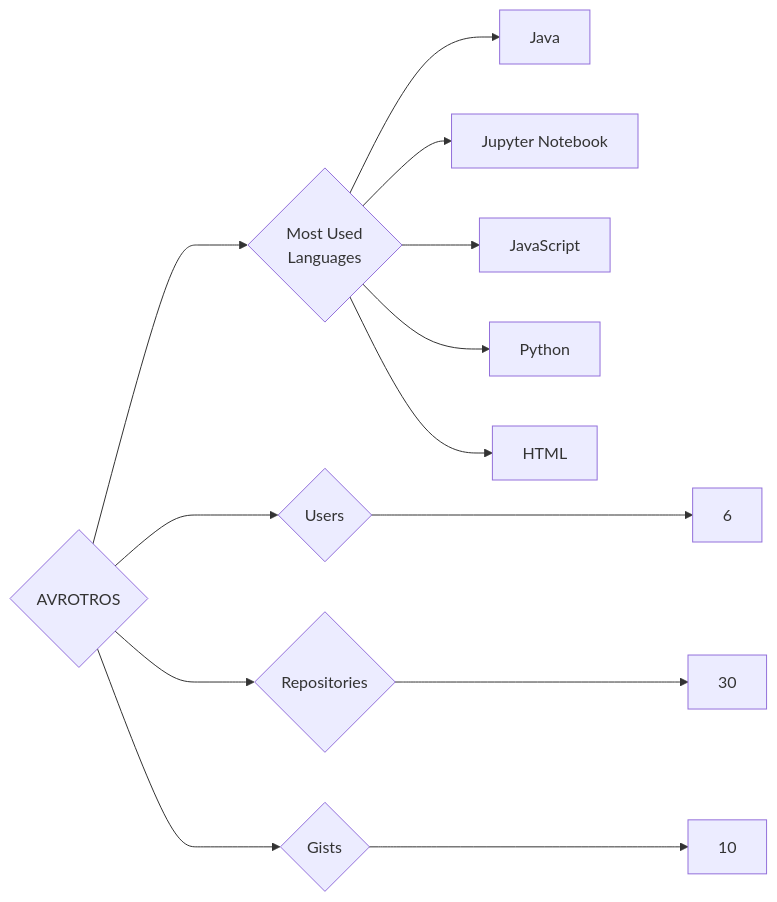
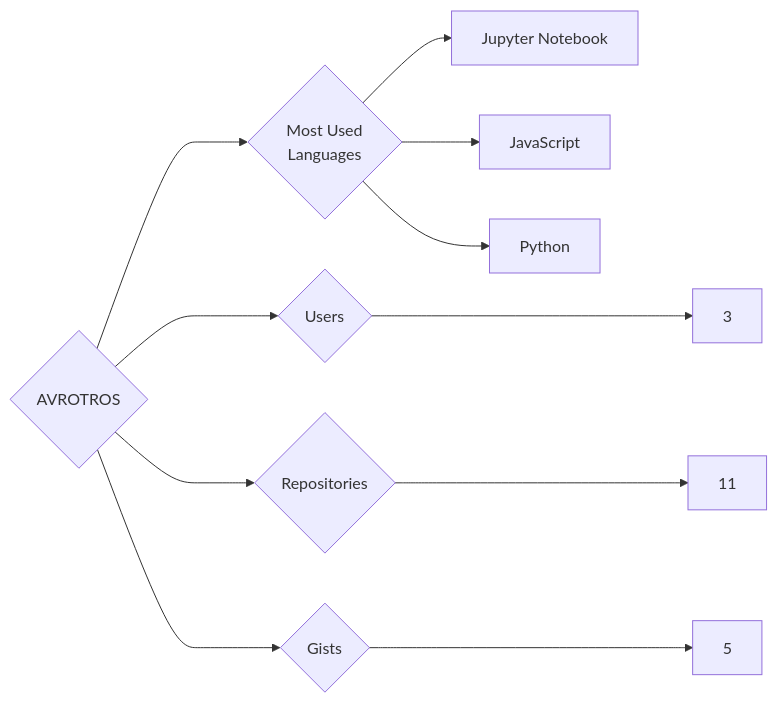
Before and after one commit to trickest/insiders: the diagram in targets/AVROTROS/README.md, drawn with Mermaid. The commit also changed 899 other files, not shown here.

````diff
--- a/targets/AVROTROS/README.md
+++ b/targets/AVROTROS/README.md
@@ -3,13 +3,11 @@
 ```mermaid
 graph LR
 COMPANY_NAME{AVROTROS}
-COMPANY_NAME ---> U{Users} ---> UN[6]
-COMPANY_NAME ---> R{Repositories} ---> RN[30]
-COMPANY_NAME ---> G{Gists} ---> GN[10]
+COMPANY_NAME ---> U{Users} ---> UN[3]
+COMPANY_NAME ---> R{Repositories} ---> RN[11]
+COMPANY_NAME ---> G{Gists} ---> GN[5]
 COMPANY_NAME ---> ML{Most Used<br>Languages}
-ML --> Java[Java]
 ML --> Jupyter_Notebook[Jupyter Notebook]
 ML --> JavaScript[JavaScript]
 ML --> Python[Python]
-ML --> HTML[HTML]
 ```
````
